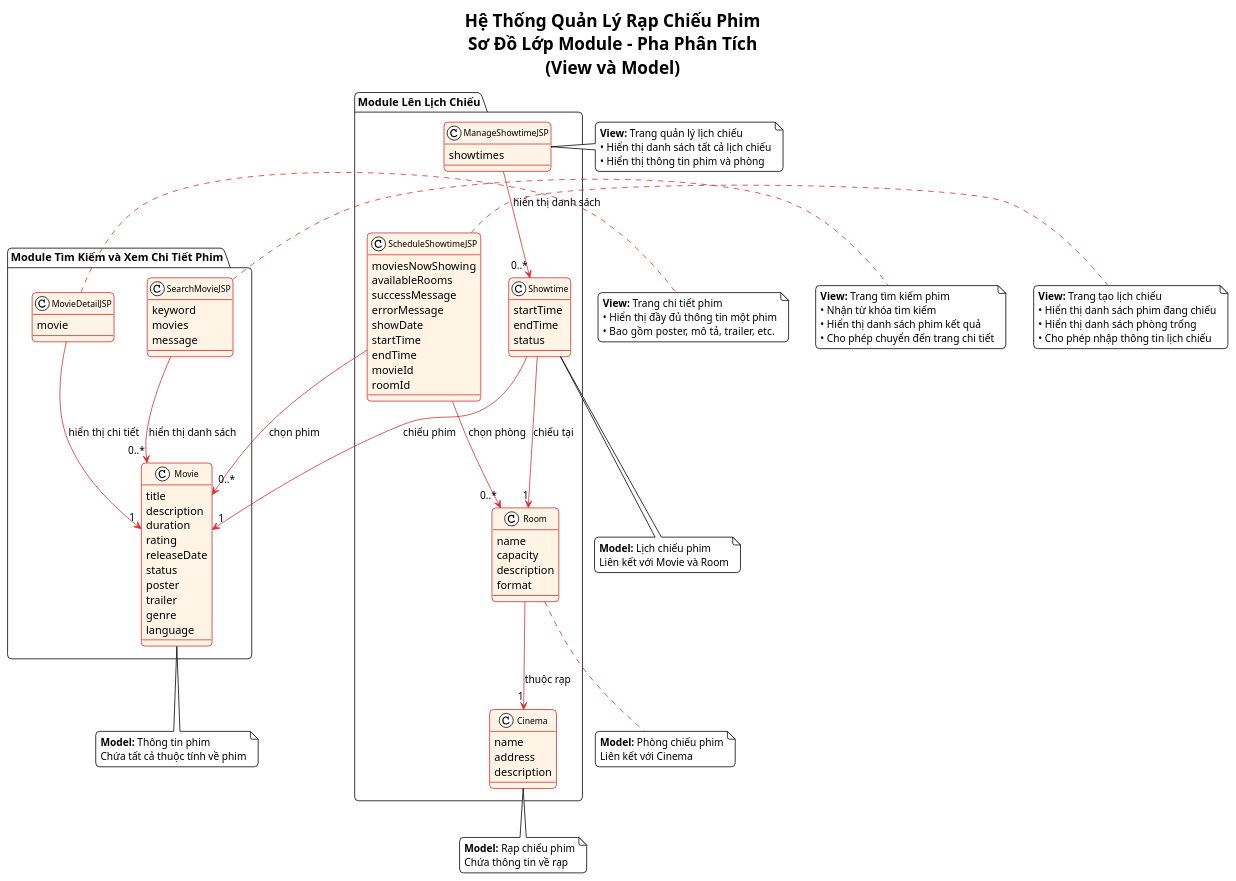
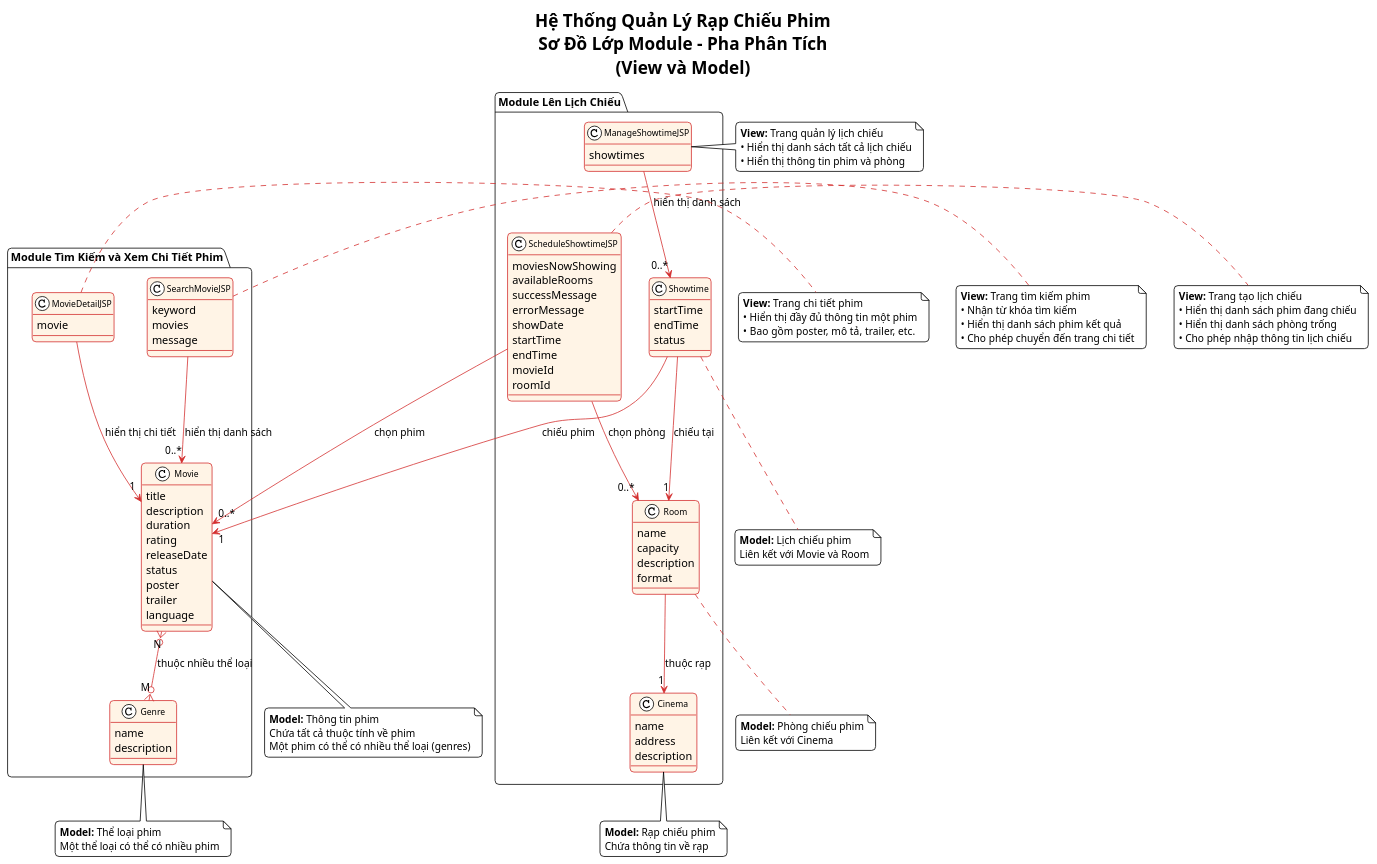
One commit to ProMeX04/Cinema changed the diagram in report/module-class-diagram.puml. Above: the diagram before and after it, drawn with PlantUML. The commit also changed 40 other files, not shown here.

```diff
--- a/report/module-class-diagram.puml
+++ b/report/module-class-diagram.puml
@@ -38,6 +38,11 @@
     ' =====================================================
     ' TẦNG MODEL
     ' =====================================================
+    class Genre {
+        name
+        description
+    }
+    
     class Movie {
         title
         description
@@ -47,7 +52,6 @@
         status
         poster
         trailer
-        genre
         language
     }
 }
@@ -103,6 +107,9 @@
 ' QUAN HỆ GIỮA CÁC MODULE (Movie được dùng chung)
 ' =====================================================
 ' Movie được sử dụng ở cả 2 module
+
+' Movie <-> Genre (N:M) - Quan hệ nhiều-nhiều
+Movie "N" }o--o{ "M" Genre : "thuộc nhiều thể loại"
 
 ' =====================================================
 ' QUAN HỆ: Module Tìm Kiếm và Xem Chi Tiết Phim
@@ -169,6 +176,12 @@
 note bottom of Movie
     <b>Model:</b> Thông tin phim
     Chứa tất cả thuộc tính về phim
+    Một phim có thể có nhiều thể loại (genres)
+end note
+
+note bottom of Genre
+    <b>Model:</b> Thể loại phim
+    Một thể loại có thể có nhiều phim
 end note
 
 note bottom of Showtime
```
